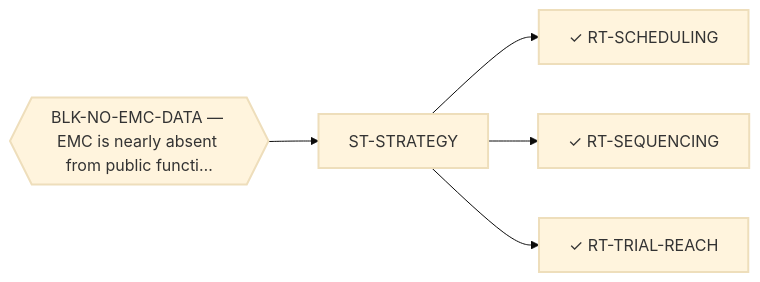
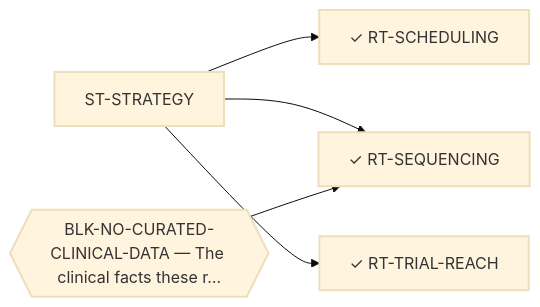
One commit to trimcrae/Rare-cancers changed the diagram in systems/views/L1-st-strategy.md. Above: the diagram before and after it, drawn with Mermaid (base theme). The commit also changed other lines of this file and 41 other files, not shown here.

````diff
--- a/systems/views/L1-st-strategy.md
+++ b/systems/views/L1-st-strategy.md
@@ -36,17 +36,17 @@
 ```mermaid
 flowchart LR
   ST_STRATEGY["ST-STRATEGY"]:::fam
   RT_SCHEDULING["✓ RT-SCHEDULING"]:::fam
   ST_STRATEGY --> RT_SCHEDULING
   RT_SEQUENCING["✓ RT-SEQUENCING"]:::fam
   ST_STRATEGY --> RT_SEQUENCING
   RT_TRIAL_REACH["✓ RT-TRIAL-REACH"]:::fam
   ST_STRATEGY --> RT_TRIAL_REACH
 
-  BLK_NO_EMC_DATA{{"BLK-NO-EMC-DATA — EMC is nearly absent from public functi…"}}:::blk
-  BLK_NO_EMC_DATA --> ST_STRATEGY
+  BLK_NO_CURATED_CLINICAL_DATA{{"BLK-NO-CURATED-CLINICAL-DATA — The clinical facts these r…"}}:::blk
+  BLK_NO_CURATED_CLINICAL_DATA --> RT_SEQUENCING
   classDef fam stroke-width:2px;
   classDef blk stroke-width:2px;
   classDef perm stroke-width:4px;
   classDef tech stroke-width:1px,stroke-dasharray:4 3;
 ```
````
